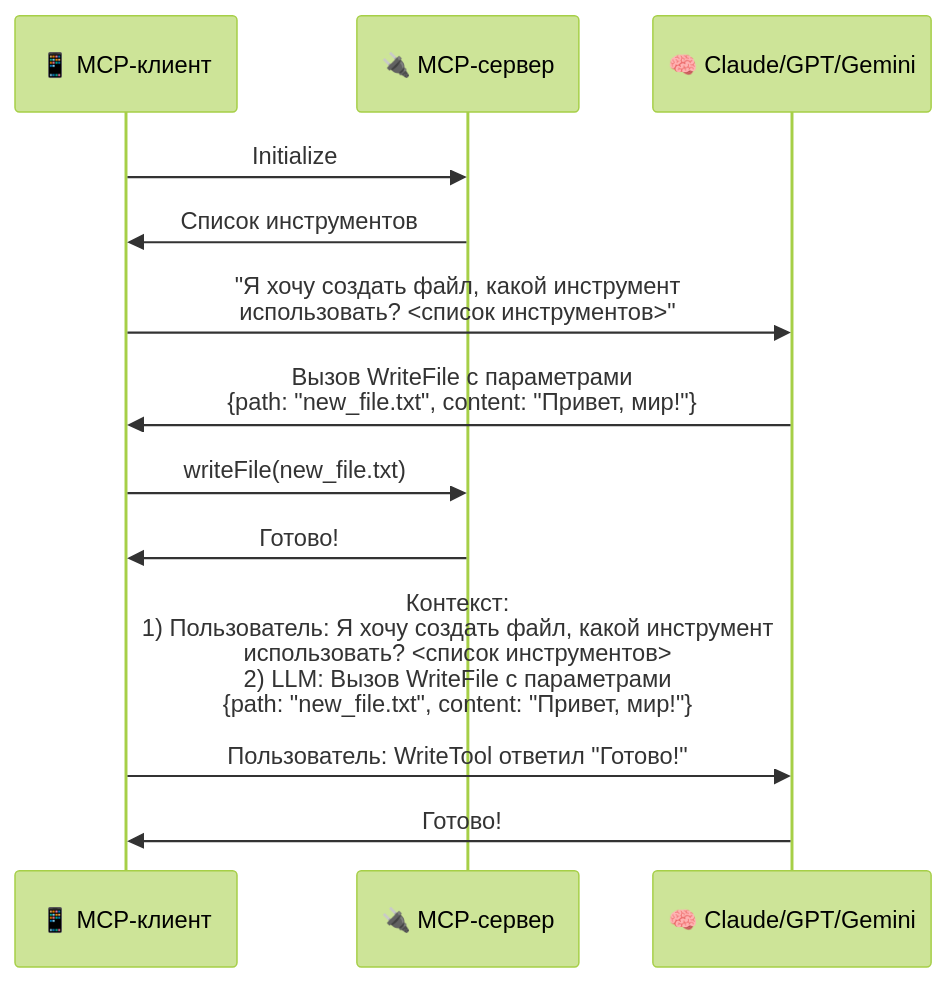
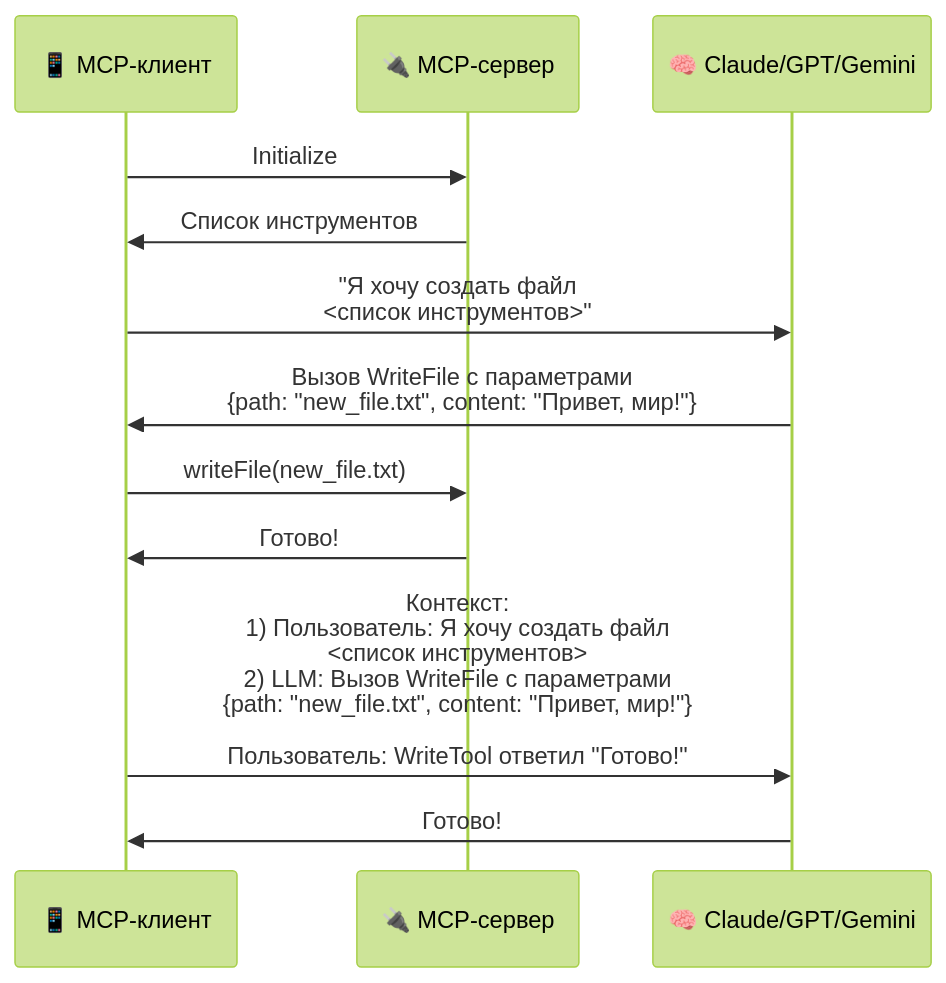
The second of 3 diagrams in pages/03-history-and-evolution.md (i-rozanov/slidev-ai-vibecoding), drawn with Mermaid (forest theme) before and after one commit. The commit also changed other lines of this file and 11 other files, not shown here.

````diff
--- a/pages/03-history-and-evolution.md
+++ b/pages/03-history-and-evolution.md
@@ -426,18 +416,18 @@
 ```mermaid
 sequenceDiagram
     participant Client as 📱 MCP-клиент
     participant Server as 🔌 MCP-сервер
     participant LLM as 🧠 Claude/GPT/Gemini
 
     Client->>Server: Initialize
     Server->>Client: Список инструментов
 
-    Client->>LLM: "Я хочу создать файл, какой инструмент<br> использовать? <список инструментов>"
+    Client->>LLM: "Я хочу создать файл<br><список инструментов>"
     LLM->>Client: Вызов WriteFile с параметрами <br>{path: "new_file.txt", content: "Привет, мир!"}
     Client->>Server: writeFile(new_file.txt)
     Server->>Client: Готово!
 
-    Client->>LLM: Контекст:<br>1) Пользователь: Я хочу создать файл, какой инструмент<br> использовать? <список инструментов><br>2) LLM: Вызов WriteFile с параметрами <br>{path: "new_file.txt", content: "Привет, мир!"}<br><br>Пользователь: WriteTool ответил "Готово!"
+    Client->>LLM: Контекст:<br>1) Пользователь: Я хочу создать файл<br><список инструментов><br>2) LLM: Вызов WriteFile с параметрами <br>{path: "new_file.txt", content: "Привет, мир!"}<br><br>Пользователь: WriteTool ответил "Готово!"
     LLM->>Client: Готово!
 
 ```
````
